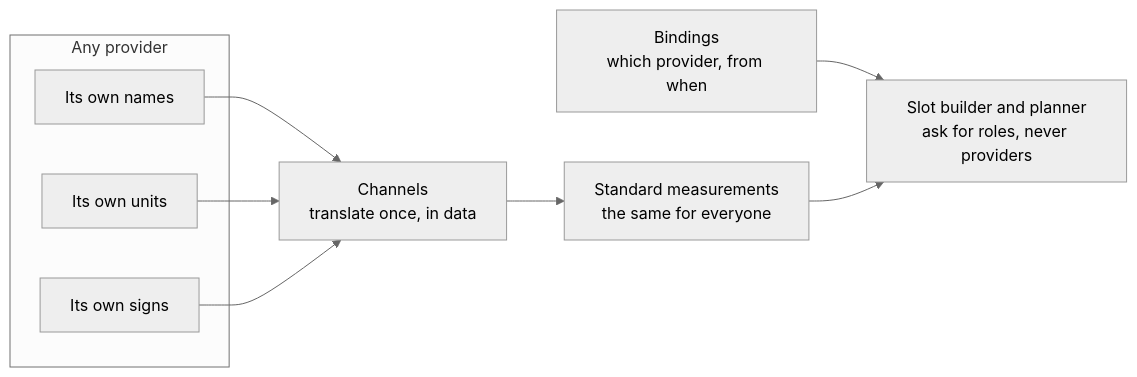
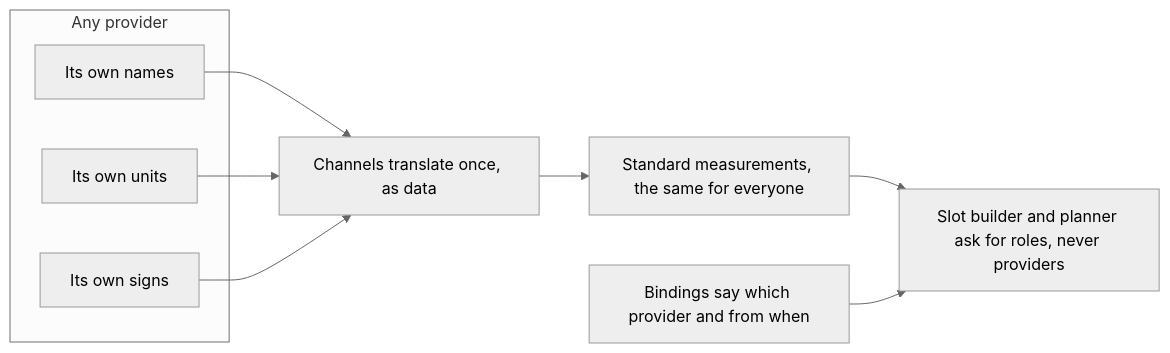
One commit to sshahriazz/energiebee-core-prototype changed the second of 3 diagrams in docs/provider-to-slot-guide.md. Above: the diagram before and after it, drawn with Mermaid (neutral theme). The commit also changed other lines of this file and 1 other file, not shown here.

Commit message:
Docs: plain overview diagrams that render in more viewers (no cylinders, colons or parentheses in titles)

````diff
--- a/docs/provider-to-slot-guide.md
+++ b/docs/provider-to-slot-guide.md
@@ -186,20 +197,20 @@
 ```mermaid
 flowchart LR
   subgraph PROV["Any provider"]
     P1["Its own names"]
     P2["Its own units"]
     P3["Its own signs"]
   end
 
-  CH["Channels<br/>translate once, in data"]
-  STD["Standard measurements<br/>the same for everyone"]
-  BIND["Bindings<br/>which provider, from when"]
-  ENG["Slot builder and planner<br/>ask for roles, never providers"]
+  CH["Channels translate once, as data"]
+  STD["Standard measurements, the same for everyone"]
+  BIND["Bindings say which provider and from when"]
+  ENG["Slot builder and planner ask for roles, never providers"]
 
   P1 --> CH
   P2 --> CH
   P3 --> CH
   CH --> STD
+  STD --> ENG
   BIND --> ENG
-  STD --> ENG
 ```
````
